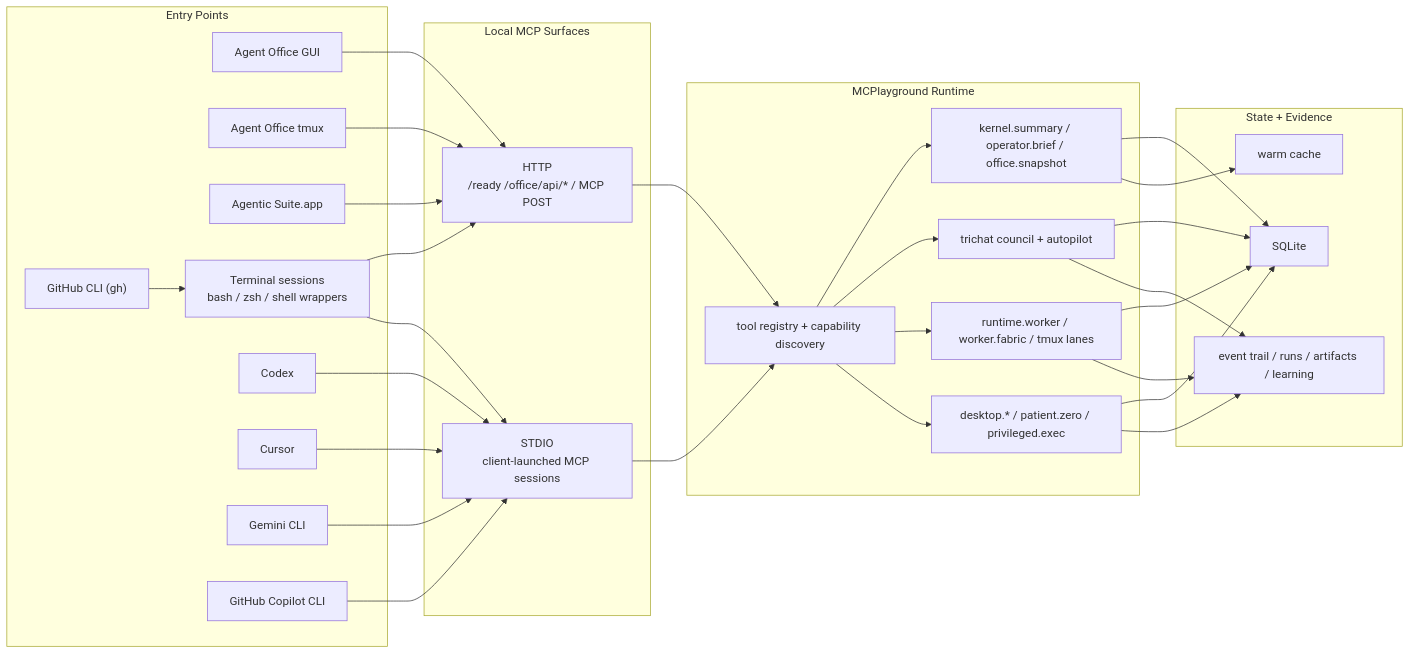
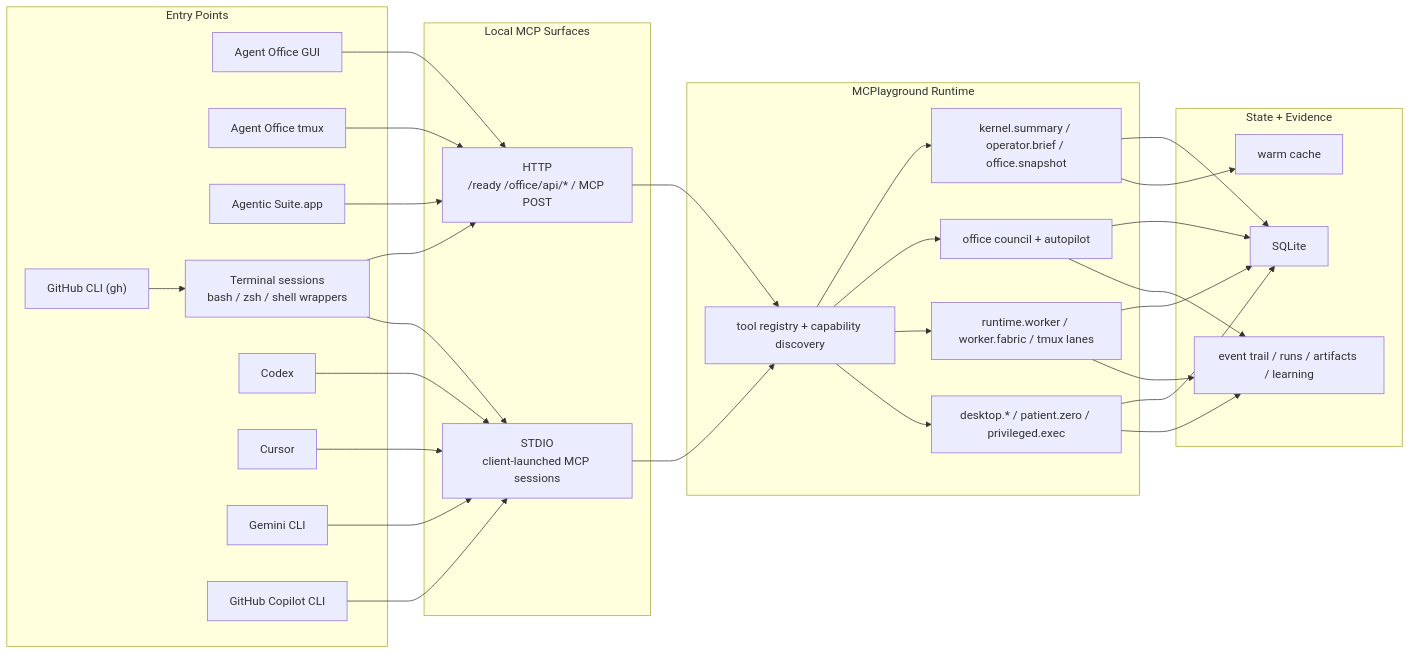
The fifth of 7 diagrams in README.md (driverd12/MASTER-MOLD), drawn with Mermaid before and after one commit. The commit also changed other lines of this file, not shown here.

````diff
--- a/README.md
+++ b/README.md
@@ -192,59 +204,59 @@
 ```mermaid
 flowchart LR
   subgraph Entry["Entry Points"]
     OfficeGUI["Agent Office GUI"]
     OfficeTUI["Agent Office tmux"]
     Suite["Agentic Suite.app"]
     Shell["Terminal sessions<br/>bash / zsh / shell wrappers"]
     Codex["Codex"]
     Cursor["Cursor"]
     Gemini["Gemini CLI"]
     Copilot["GitHub Copilot CLI"]
     GH["GitHub CLI (gh)"]
   end
 
   subgraph MCP["Local MCP Surfaces"]
     HTTP["HTTP<br/>/ready /office/api/* / MCP POST"]
     STDIO["STDIO<br/>client-launched MCP sessions"]
   end
 
   subgraph Runtime["MCPlayground Runtime"]
     Registry["tool registry + capability discovery"]
     Brief["kernel.summary / operator.brief / office.snapshot"]
-    Council["trichat council + autopilot"]
+    Council["office council + autopilot"]
     Workers["runtime.worker / worker.fabric / tmux lanes"]
     LocalCtl["desktop.* / patient.zero / privileged.exec"]
   end
 
   subgraph State["State + Evidence"]
     DB["SQLite"]
     Cache["warm cache"]
     Events["event trail / runs / artifacts / learning"]
   end
 
   OfficeGUI --> HTTP
   OfficeTUI --> HTTP
   Suite --> HTTP
   Shell --> HTTP
   Shell --> STDIO
   Codex --> STDIO
   Cursor --> STDIO
   Gemini --> STDIO
   Copilot --> STDIO
   GH --> Shell
 
   HTTP --> Registry
   STDIO --> Registry
   Registry --> Brief
   Registry --> Council
   Registry --> Workers
   Registry --> LocalCtl
   Brief --> DB
   Council --> DB
   Workers --> DB
   LocalCtl --> DB
   Brief --> Cache
   Council --> Events
   Workers --> Events
   LocalCtl --> Events
 ```
````
